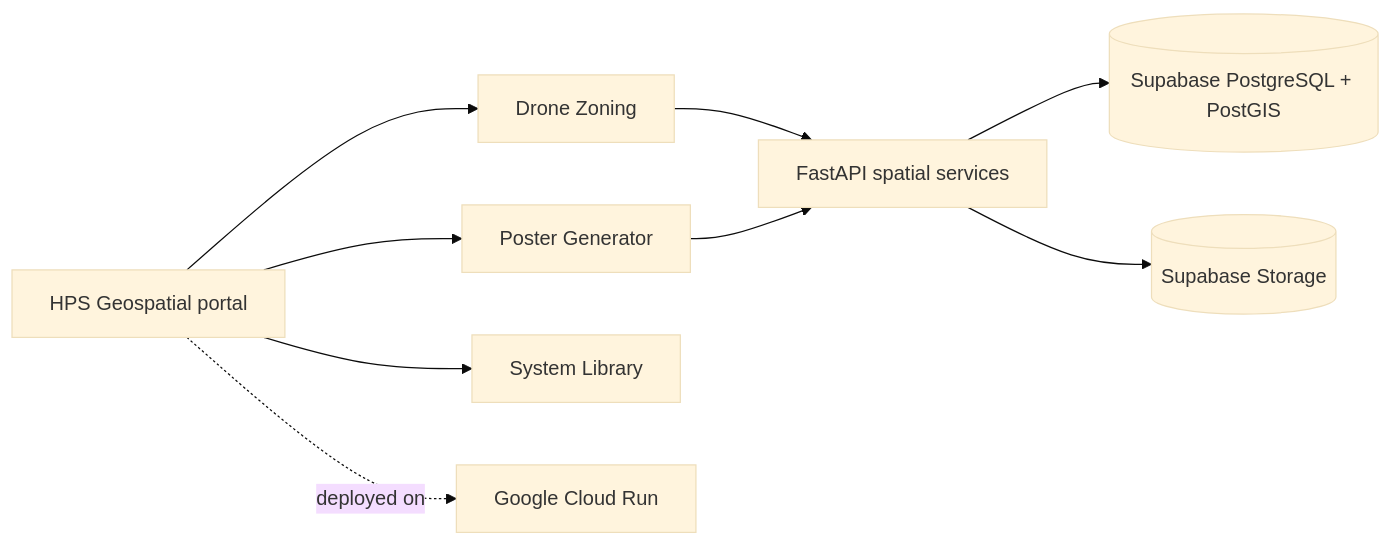
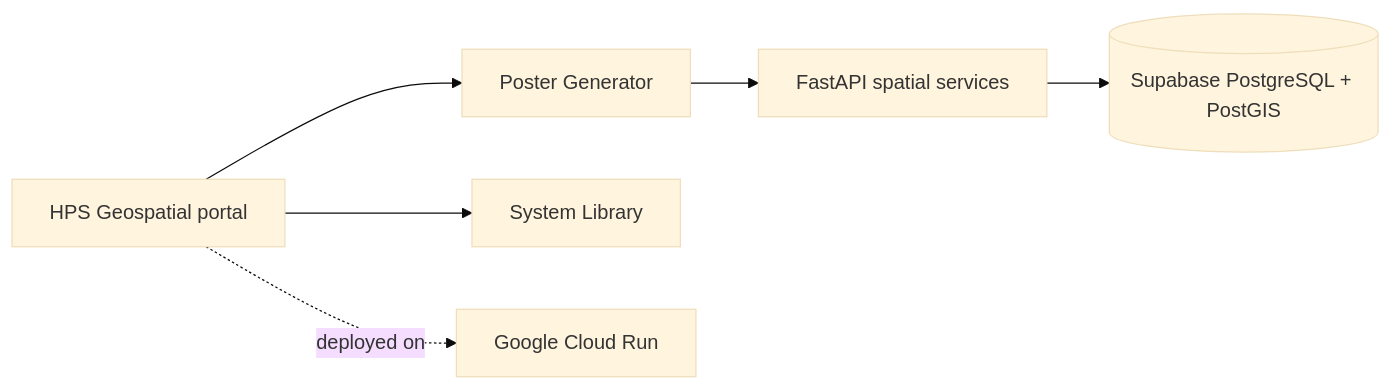
One commit to slyberia/hydrographic-poster-generator changed the diagram in README.md. Above: the diagram before and after it, drawn with Mermaid (base theme). The commit also changed other lines of this file and 60 other files, not shown here.

````diff
--- a/README.md
+++ b/README.md
@@ -97,11 +45,8 @@
 ```mermaid
 flowchart LR
-    Portal[HPS Geospatial portal] --> Drone[Drone Zoning]
-    Portal --> Poster[Poster Generator]
+    Portal[HPS Geospatial portal] --> Poster[Poster Generator]
     Portal --> Docs[System Library]
-    Drone --> API[FastAPI spatial services]
-    Poster --> API
+    Poster --> API[FastAPI spatial services]
     API --> DB[(Supabase PostgreSQL + PostGIS)]
-    API --> Storage[(Supabase Storage)]
     Portal -. deployed on .-> Run[Google Cloud Run]
 ```
````
